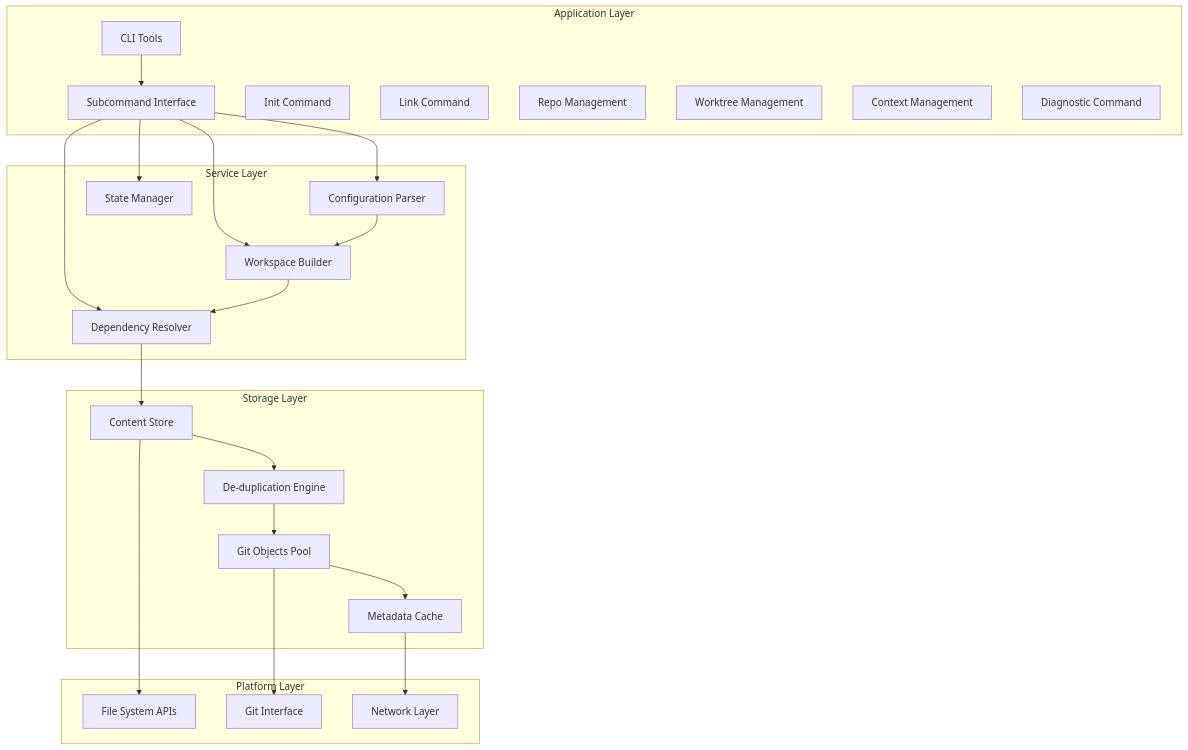
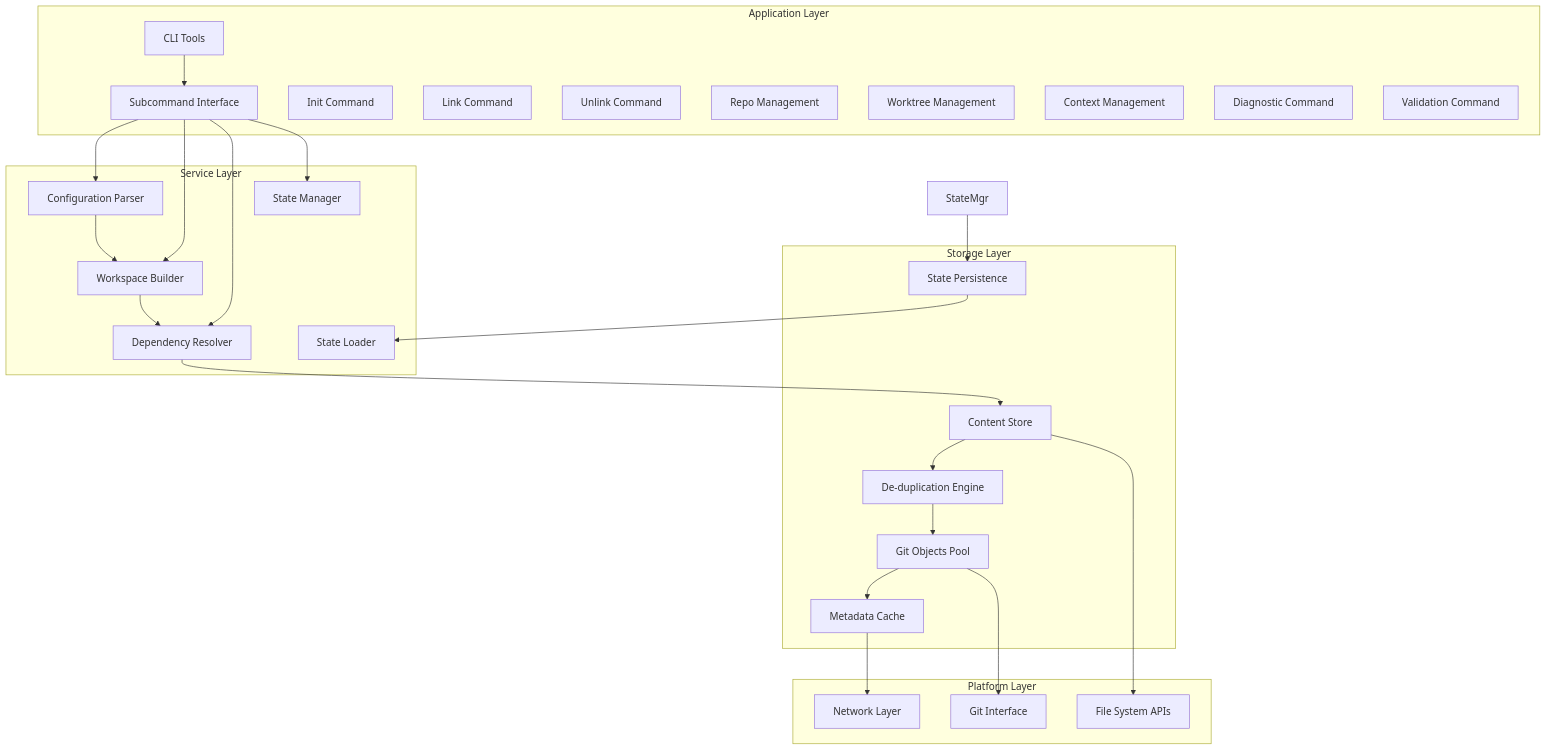
The second of 11 diagrams in .qoder/repowiki/en/content/Core Features Documentation/Core Features Documentation.md (HWH-2019/vdw), drawn with Mermaid before and after one commit. The commit also changed other lines of this file and 12 other files, not shown here.

````diff
--- a/.qoder/repowiki/en/content/Core Features Documentation/Core Features Documentation.md
+++ b/.qoder/repowiki/en/content/Core Features Documentation/Core Features Documentation.md
@@ -134,44 +140,50 @@
 ```mermaid
 graph TB
 subgraph "Application Layer"
 CLI[CLI Tools]
 Commands[Subcommand Interface]
 InitCmd[Init Command]
 LinkCmd[Link Command]
+UnlinkCmd[Unlink Command]
 RepoCmd[Repo Management]
 WorktreeCmd[Worktree Management]
 ContextCmd[Context Management]
 DoctorCmd[Diagnostic Command]
+ValidateCmd[Validation Command]
 end
 subgraph "Service Layer"
 ConfigParser[Configuration Parser]
 WorkspaceBuilder[Workspace Builder]
 DependencyResolver[Dependency Resolver]
 StateManager[State Manager]
+StateLoader[State Loader]
 end
 subgraph "Storage Layer"
 ContentStore[Content Store]
 GitPool[Git Objects Pool]
 DedupeEngine[De-duplication Engine]
 MetadataStore[Metadata Cache]
+StatePersistence[State Persistence]
 end
 subgraph "Platform Layer"
 FileSystem[File System APIs]
 GitInterface[Git Interface]
 NetworkLayer[Network Layer]
 end
 CLI --> Commands
 Commands --> ConfigParser
 Commands --> WorkspaceBuilder
 Commands --> DependencyResolver
 Commands --> StateManager
 ConfigParser --> WorkspaceBuilder
 WorkspaceBuilder --> DependencyResolver
 DependencyResolver --> ContentStore
 ContentStore --> DedupeEngine
 DedupeEngine --> GitPool
 GitPool --> MetadataStore
 ContentStore --> FileSystem
 GitPool --> GitInterface
 MetadataStore --> NetworkLayer
+StateMgr --> StatePersistence
+StatePersistence --> StateLoader
 ```
````
